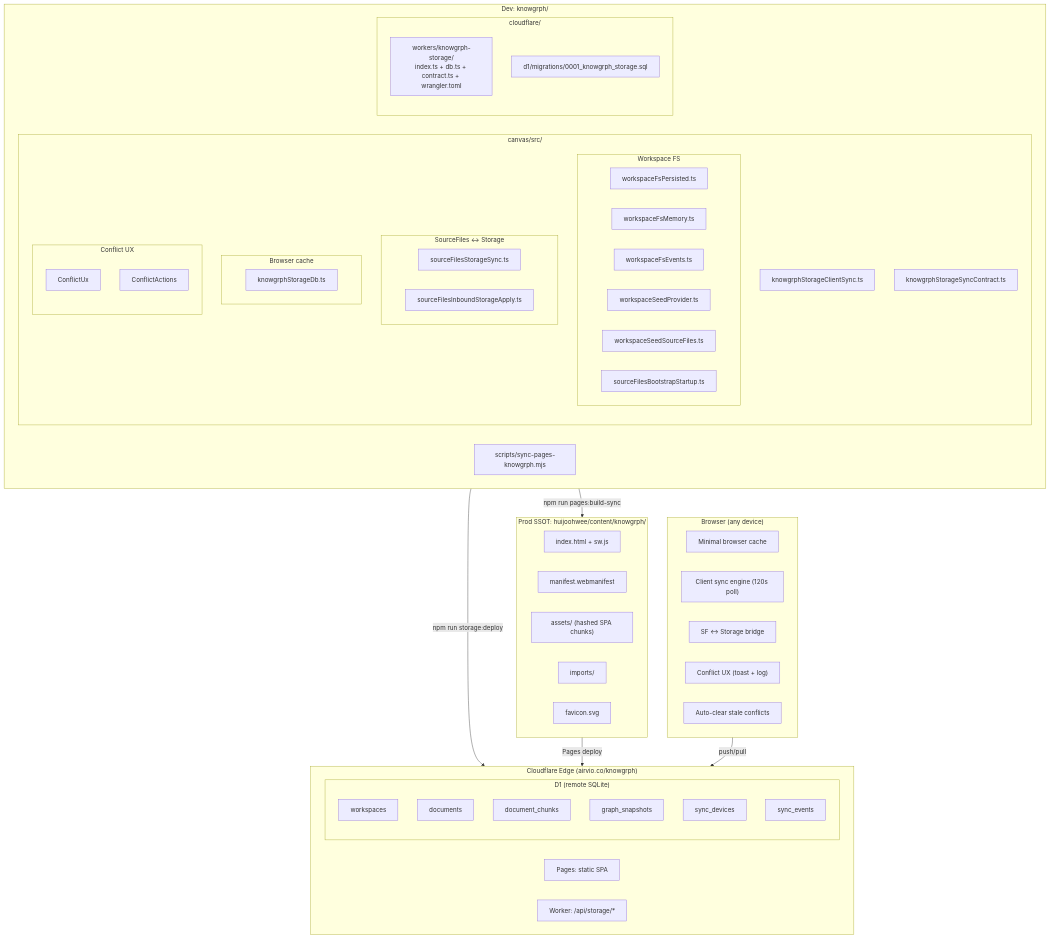
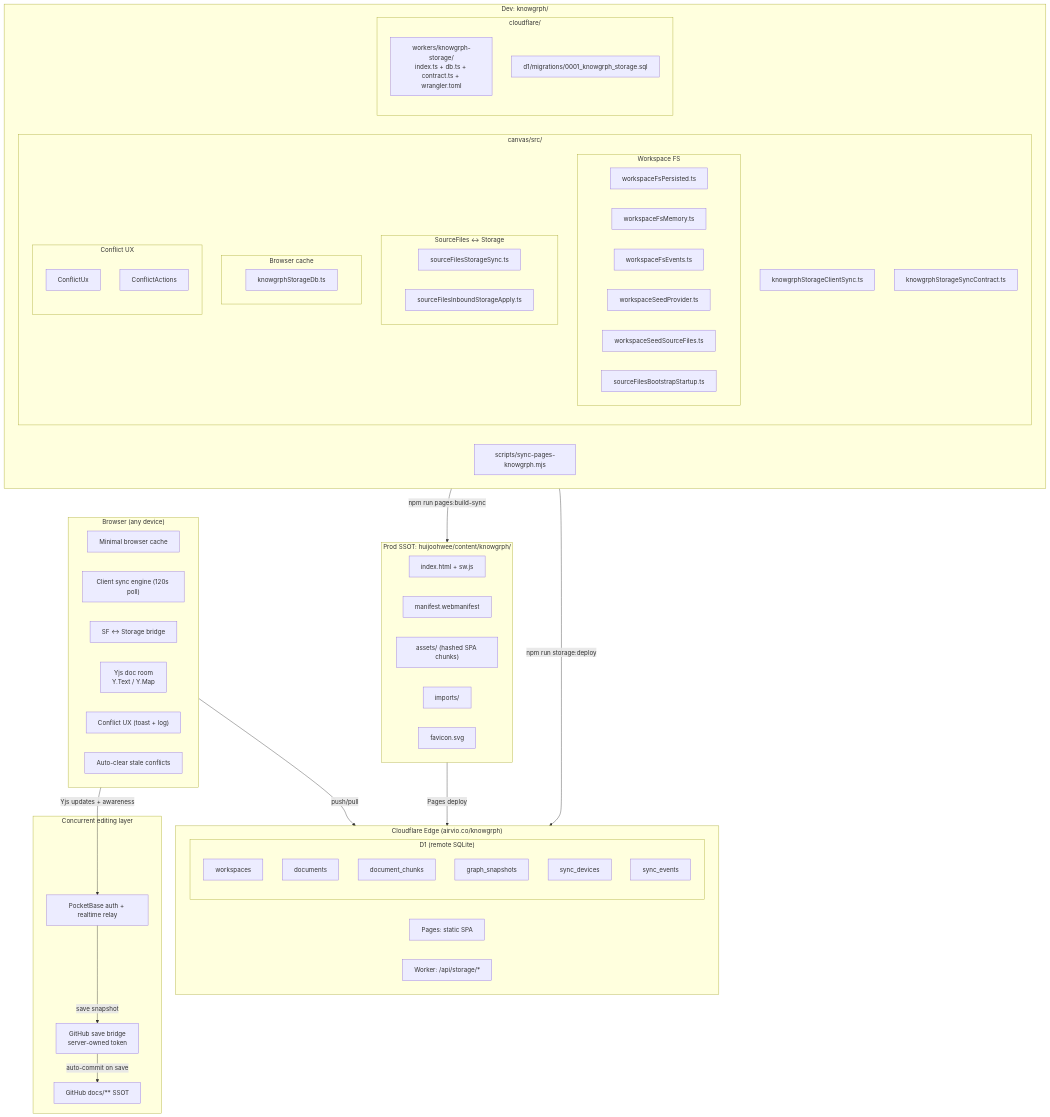
Before and after one commit to huijoohwee/knowgrph: the first of 2 diagrams in docs/documents/knowgrph-storage-sync-document.md, drawn with Mermaid. The commit also changed other lines of this file and 68 other files, not shown here.

First line of the commit message:
feat(flow-editor, workspace): improve overlays, accessibility, and sync controls

````diff
--- a/docs/documents/knowgrph-storage-sync-document.md
+++ b/docs/documents/knowgrph-storage-sync-document.md
@@ -63,69 +113,79 @@
 ```mermaid
 flowchart TB
     subgraph Dev["Dev: knowgrph/"]
         subgraph canvas["canvas/src/"]
             subgraph fs["Workspace FS"]
                 fsPersisted["workspaceFsPersisted.ts"]
                 fsMem["workspaceFsMemory.ts"]
                 fsEvt["workspaceFsEvents.ts"]
                 seed["workspaceSeedProvider.ts"]
                 seedSF["workspaceSeedSourceFiles.ts"]
                 boot["sourceFilesBootstrapStartup.ts"]
             end
             subgraph bridge["SourceFiles ↔ Storage"]
                 sfSync["sourceFilesStorageSync.ts"]
                 sfInbound["sourceFilesInboundStorageApply.ts"]
             end
             subgraph browserCache["Browser cache"]
                 storageDb["knowgrphStorageDb.ts"]
             end
             syncEngine["knowgrphStorageClientSync.ts"]
             contract["knowgrphStorageSyncContract.ts"]
             subgraph conflict["Conflict UX"]
                 conflictUx["ConflictUx"]
                 conflictAct["ConflictActions"]
             end
         end
         subgraph cf["cloudflare/"]
             worker["workers/knowgrph-storage/<br/>index.ts + db.ts + contract.ts + wrangler.toml"]
             migration["d1/migrations/0001_knowgrph_storage.sql"]
         end
         scripts["scripts/sync-pages-knowgrph.mjs"]
     end
 
     Dev -->|"npm run pages:build-sync"| ProdSSOT
     Dev -->|"npm run storage:deploy"| Edge
 
     subgraph ProdSSOT["Prod SSOT: huijoohwee/content/knowgrph/"]
         index["index.html + sw.js"]
         manifest["manifest.webmanifest"]
         assets["assets/ (hashed SPA chunks)"]
         data["imports/"]
         favicon["favicon.svg"]
     end
 
     ProdSSOT -->|"Pages deploy"| Edge
 
     subgraph Edge["Cloudflare Edge (airvio.co/knowgrph)"]
         pages["Pages: static SPA"]
         workerDeployed["Worker: /api/storage/*"]
         subgraph d1r["D1 (remote SQLite)"]
             r1["workspaces"]
             r2["documents"]
             r3["document_chunks"]
             r4["graph_snapshots"]
             r5["sync_devices"]
             r6["sync_events"]
         end
     end
 
     subgraph Browser["Browser (any device)"]
         bcache["Minimal browser cache"]
         bsync["Client sync engine (120s poll)"]
         bbridge["SF ↔ Storage bridge"]
+        byjs["Yjs doc room<br/>Y.Text / Y.Map"]
         bconflict["Conflict UX (toast + log)"]
         bautoClear["Auto-clear stale conflicts"]
     end
 
+    subgraph Collab["Concurrent editing layer"]
+        pb["PocketBase auth + realtime relay"]
+        gitBridge["GitHub save bridge<br/>server-owned token"]
+        githubDocs["GitHub docs/** SSOT"]
+    end
+
     Browser -->|"push/pull"| Edge
+    Browser -->|"Yjs updates + awareness"| pb
+    pb -->|"save snapshot"| gitBridge
+    gitBridge -->|"auto-commit on save"| githubDocs
 ```
````
